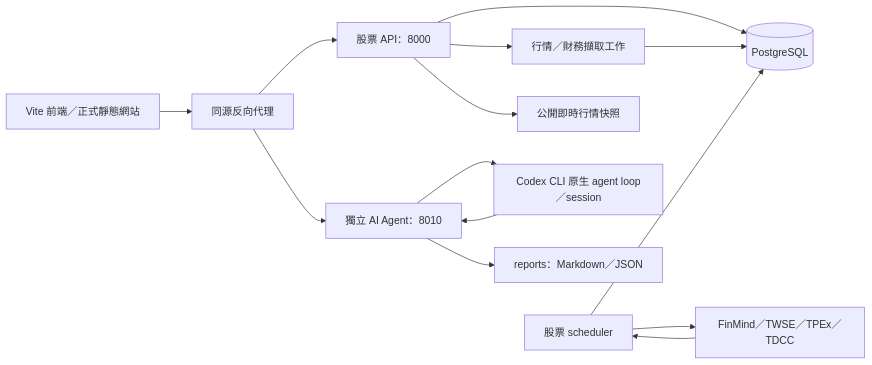
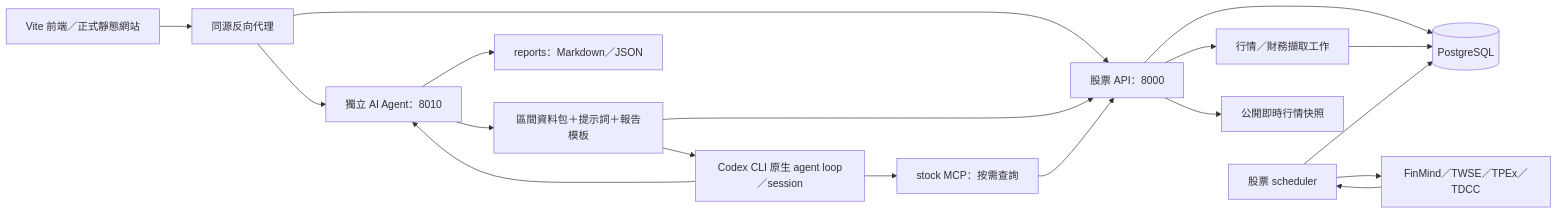
One commit to LueZero/TWStock-Coach changed the diagram in docs/DESIGN.md. Above: the diagram before and after it, drawn with Mermaid. The commit also changed other lines of this file and 26 other files, not shown here.

````diff
--- a/docs/DESIGN.md
+++ b/docs/DESIGN.md
@@ -5,16 +5,20 @@
 ```mermaid
 flowchart LR
   Web[Vite 前端／正式靜態網站] --> Proxy[同源反向代理]
   Proxy --> API[股票 API：8000]
   Proxy --> Agent[獨立 AI Agent：8010]
   API --> DB[(PostgreSQL)]
   API --> Queue[行情／財務擷取工作]
   Queue --> DB
   Scheduler[股票 scheduler] --> DB
   Scheduler --> Source[FinMind／TWSE／TPEx／TDCC]
   Source --> Scheduler
   API --> MIS[公開即時行情快照]
-  Agent --> CLI[Codex CLI 原生 agent loop／session]
+  Agent --> Input[區間資料包＋提示詞＋報告模板]
+  Input --> API
+  Input --> CLI[Codex CLI 原生 agent loop／session]
+  CLI --> MCP[stock MCP：按需查詢]
+  MCP --> API
   CLI --> Agent
   Agent --> Files[reports：Markdown／JSON]
 ```
````
